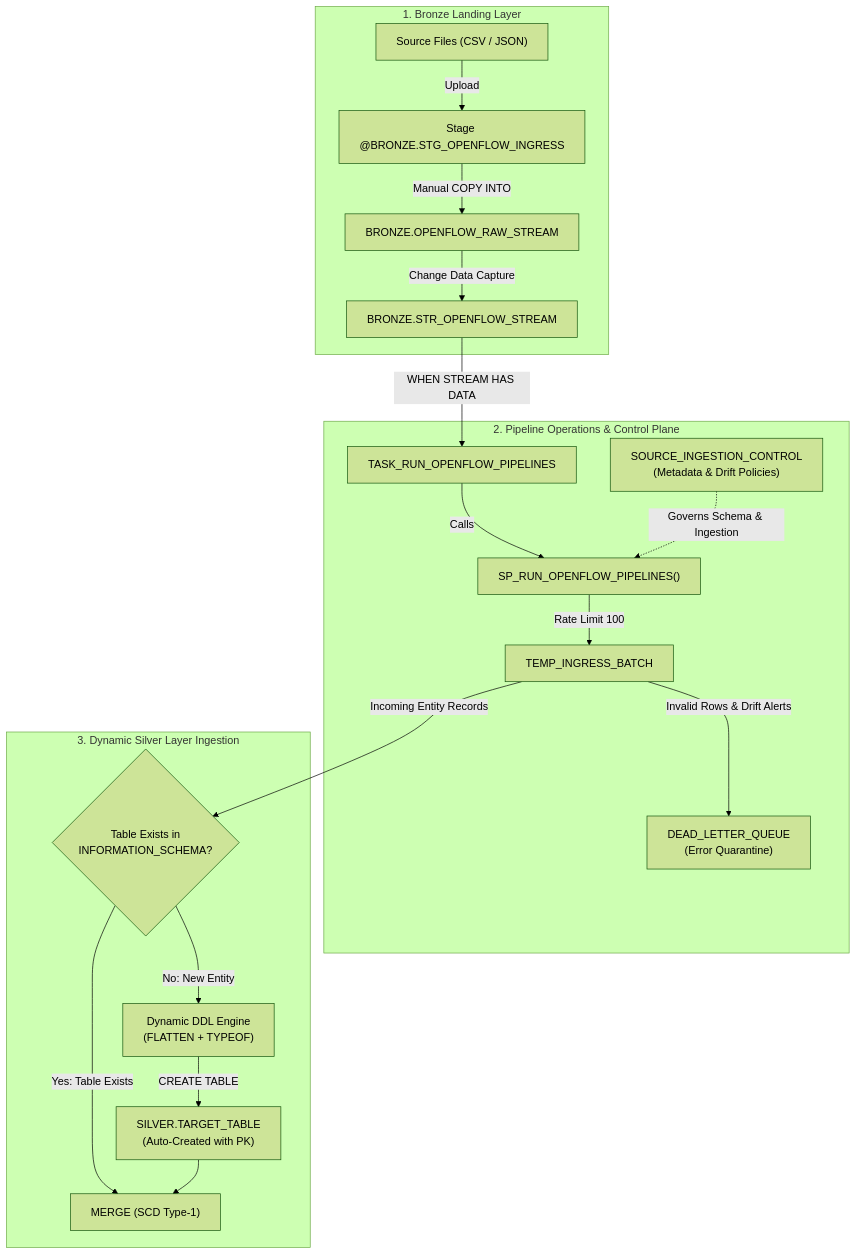
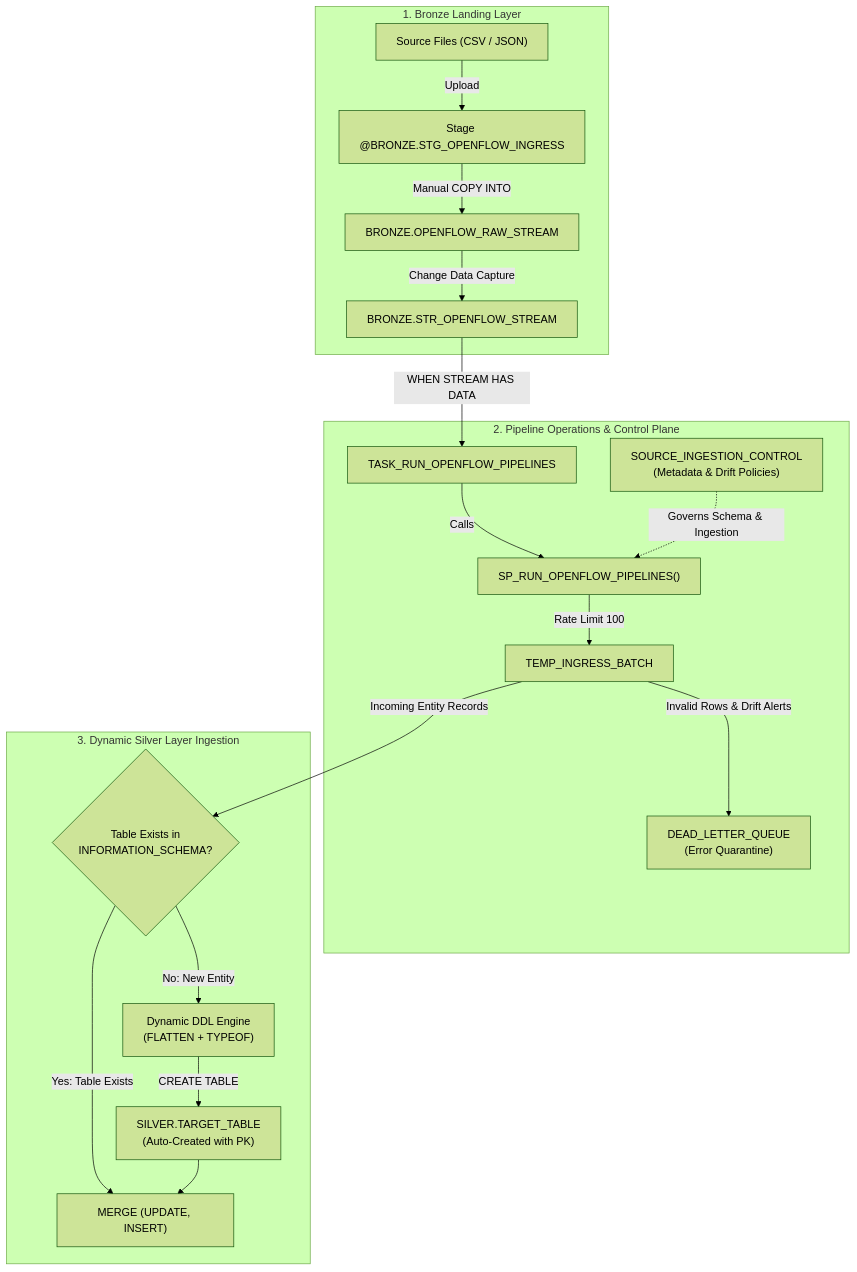
The first of 5 diagrams in Data_integration_design_document.md (Nitheesh-542072/Snowflake_Training), drawn with Mermaid (forest theme) before and after one commit.

````diff
--- a/Data_integration_design_document.md
+++ b/Data_integration_design_document.md
@@ -30,25 +30,25 @@
 ```mermaid
 flowchart TD
     subgraph S1 ["1. Bronze Landing Layer"]
         CSV["Source Files (CSV / JSON)"] -->|Upload| STG["Stage @BRONZE.STG_OPENFLOW_INGRESS"]
         STG -->|Manual COPY INTO| RAW["BRONZE.OPENFLOW_RAW_STREAM"]
         RAW -->|Change Data Capture| STR["BRONZE.STR_OPENFLOW_STREAM"]
     end
 
     subgraph S2 ["2. Pipeline Operations & Control Plane"]
         STR -->|"WHEN STREAM HAS DATA"| TSK["TASK_RUN_OPENFLOW_PIPELINES"]
         TSK -->|Calls| SP["SP_RUN_OPENFLOW_PIPELINES()"]
         SP -->|Rate Limit 100| TMP["TEMP_INGRESS_BATCH"]
         
         SIC["SOURCE_INGESTION_CONTROL<br>(Metadata & Drift Policies)"] -.->|Governs Schema & Ingestion| SP
         TMP -->|Invalid Rows & Drift Alerts| DLQ["DEAD_LETTER_QUEUE<br>(Error Quarantine)"]
     end
 
     subgraph S3 ["3. Dynamic Silver Layer Ingestion"]
         TMP -->|Incoming Entity Records| CHK{"Table Exists in<br>INFORMATION_SCHEMA?"}
         CHK -->|No: New Entity| DDL["Dynamic DDL Engine<br>(FLATTEN + TYPEOF)"]
         DDL -->|CREATE TABLE| TBL["SILVER.TARGET_TABLE<br>(Auto-Created with PK)"]
-        CHK -->|Yes: Table Exists| MRG["MERGE (SCD Type-1)"]
+        CHK -->|Yes: Table Exists| MRG["MERGE (UPDATE, INSERT)"]
         TBL --> MRG
     end
 ```
````
